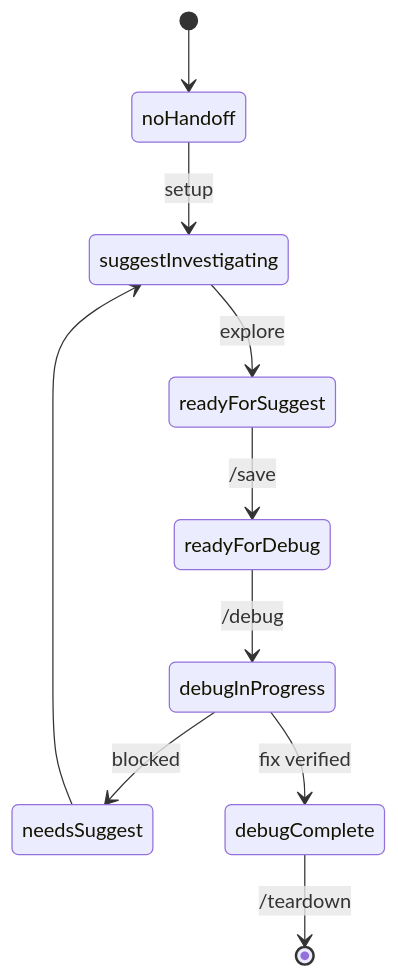
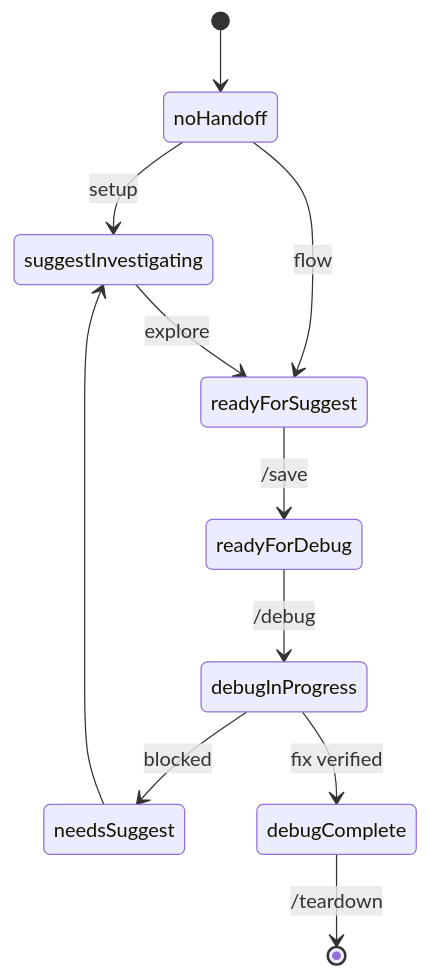
Before and after one commit to liitx/claudart: the first of 3 diagrams in docs/design.md, drawn with Mermaid. The commit also changed other lines of this file and 19 other files, not shown here.

Commit message:
feat(flow): flow is an entry event, flowConstructed from noHandoff to readyForSuggest, and writes through the one writer; a live handoff it replaces is logged as a rejected move; its checkpoint goes through FileIO; a lifecycle scenario drives it; the writer ledger is empty (R18, R19)

````diff
--- a/docs/design.md
+++ b/docs/design.md
@@ -92,12 +93,13 @@
 ```mermaid
 stateDiagram-v2
   [*] --> noHandoff
   noHandoff --> suggestInvestigating: setup
+  noHandoff --> readyForSuggest: flow
   suggestInvestigating --> readyForSuggest: explore
   readyForSuggest --> readyForDebug: /save
   readyForDebug --> debugInProgress: /debug
   debugInProgress --> needsSuggest: blocked
   needsSuggest --> suggestInvestigating
   debugInProgress --> debugComplete: fix verified
   debugComplete --> [*]: /teardown
 ```
````
